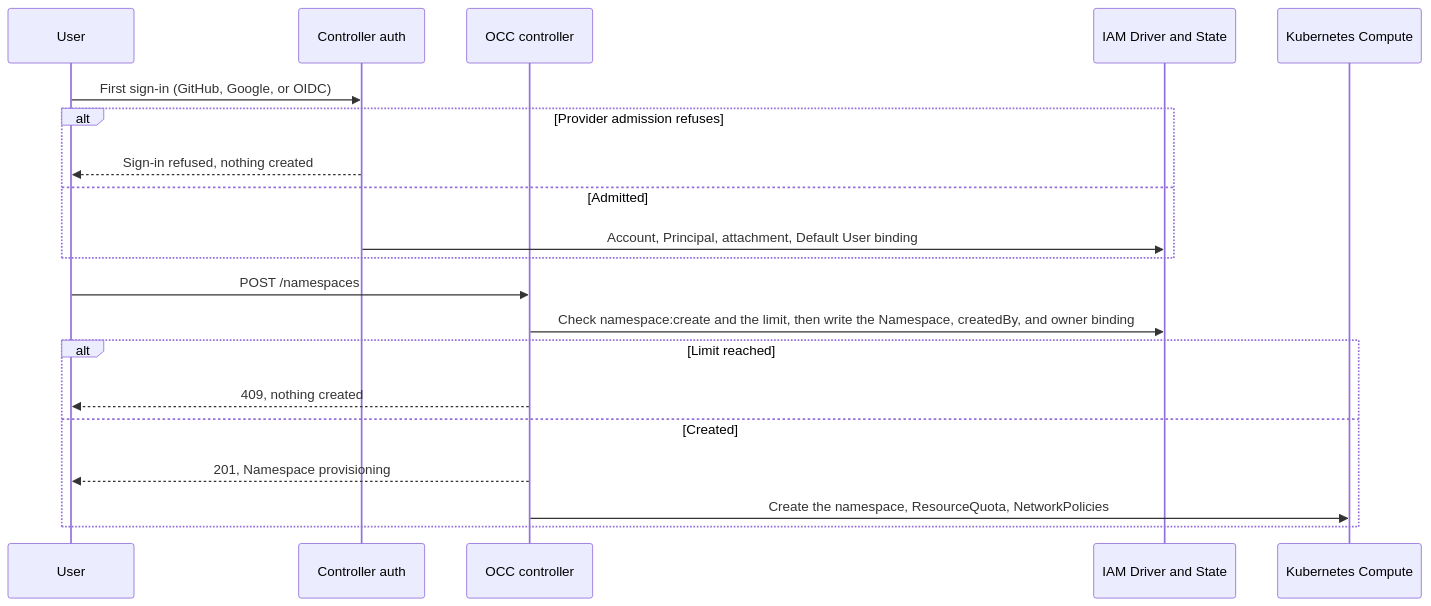
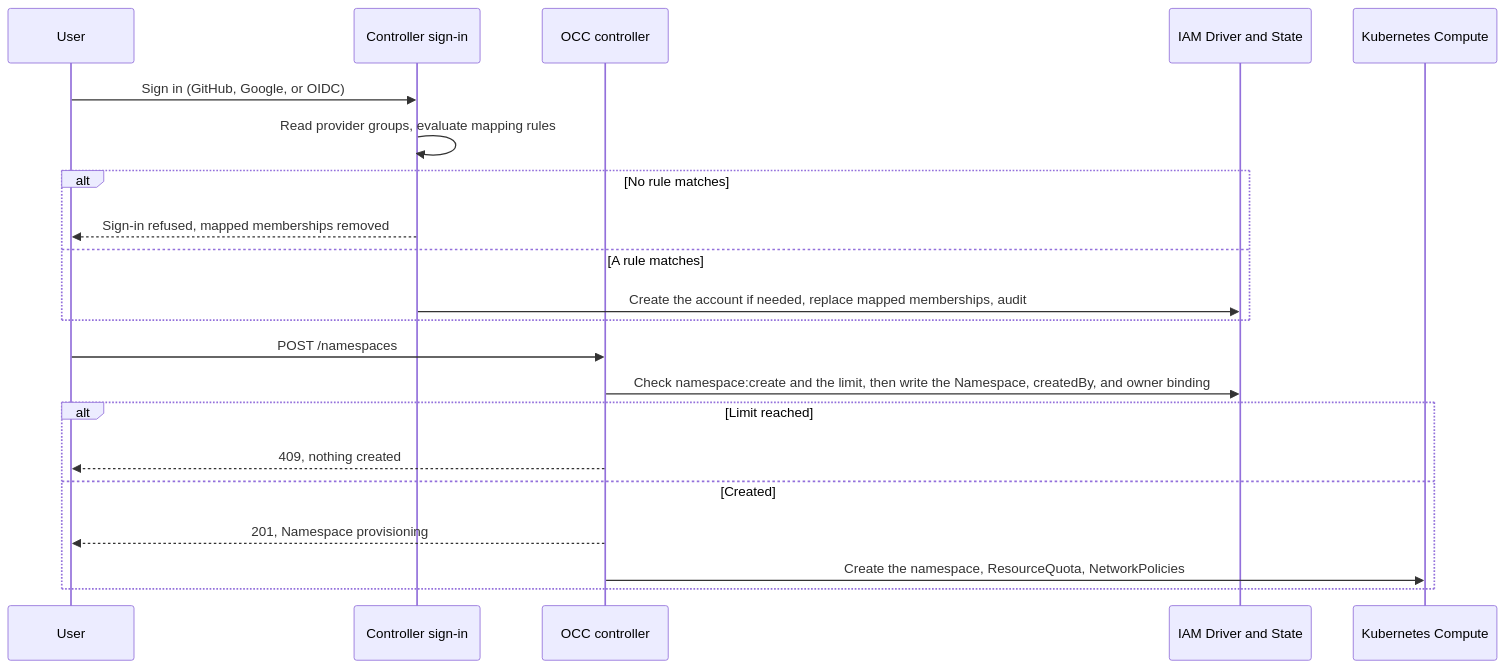
Before and after one commit to openclaw/openclaw-enterprise: the diagram in specs/rfcs/0024-self-service-users.md, drawn with Mermaid. The commit also changed other lines of this file and 1 other file, not shown here.

First line of the commit message:
docs(rfc): map identity provider groups to the Default User Role

````diff
--- a/specs/rfcs/0024-self-service-users.md
+++ b/specs/rfcs/0024-self-service-users.md
@@ -171,22 +176,23 @@
 ```mermaid
 sequenceDiagram
   participant User
-  participant Auth as Controller auth
+  participant Auth as Controller sign-in
   participant OCC as OCC controller
   participant IAM as IAM Driver and State
   participant K8s as Kubernetes Compute
-  User->>Auth: First sign-in (GitHub, Google, or OIDC)
-  alt Provider admission refuses
-    Auth-->>User: Sign-in refused, nothing created
-  else Admitted
-    Auth->>IAM: Account, Principal, attachment, Default User binding
+  User->>Auth: Sign in (GitHub, Google, or OIDC)
+  Auth->>Auth: Read provider groups, evaluate mapping rules
+  alt No rule matches
+    Auth-->>User: Sign-in refused, mapped memberships removed
+  else A rule matches
+    Auth->>IAM: Create the account if needed, replace mapped memberships, audit
   end
   User->>OCC: POST /namespaces
   OCC->>IAM: Check namespace:create and the limit, then write the Namespace, createdBy, and owner binding
   alt Limit reached
     OCC-->>User: 409, nothing created
   else Created
     OCC-->>User: 201, Namespace provisioning
     OCC->>K8s: Create the namespace, ResourceQuota, NetworkPolicies
   end
 ```
````
